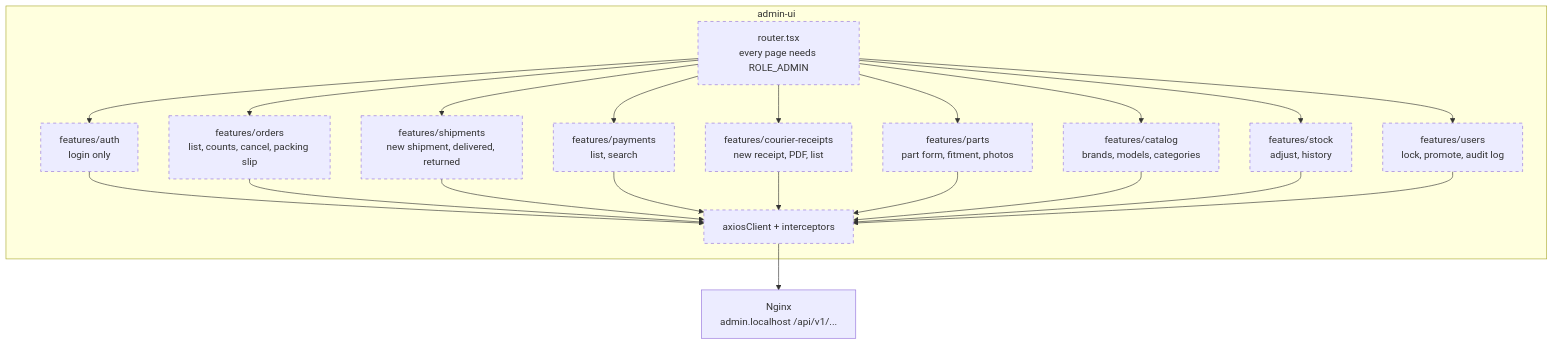
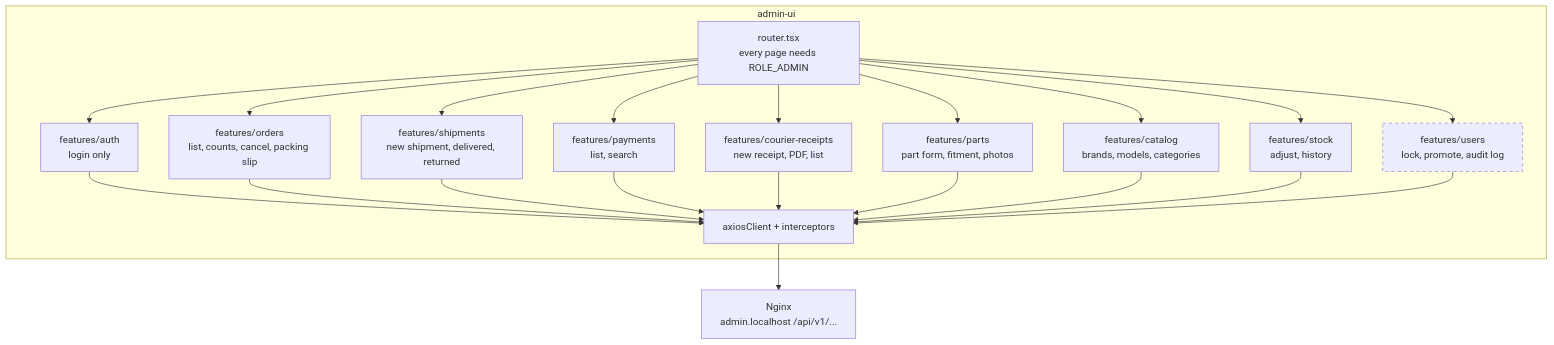
One commit to MotoXpress-wicky/infrastructure changed the diagram in docs/mvp/05-components/admin-ui.md. Above: the diagram before and after it, drawn with Mermaid. The commit also changed other lines of this file and 4 other files, not shown here.

````diff
--- a/docs/mvp/05-components/admin-ui.md
+++ b/docs/mvp/05-components/admin-ui.md
@@ -6,41 +6,41 @@
 ```mermaid
 flowchart TB
     subgraph ui [admin-ui]
         router["router.tsx<br/>every page needs ROLE_ADMIN"]
         authf["features/auth<br/>login only"]
         ordf["features/orders<br/>list, counts, cancel, packing slip"]
         shipf["features/shipments<br/>new shipment, delivered, returned"]
         payf["features/payments<br/>list, search"]
         recf["features/courier-receipts<br/>new receipt, PDF, list"]
         partf["features/parts<br/>part form, fitment, photos"]
         catf["features/catalog<br/>brands, models, categories"]
         stockf["features/stock<br/>adjust, history"]
         userf["features/users<br/>lock, promote, audit log"]
         axios["axiosClient + interceptors"]
     end
 
     nginx["Nginx<br/>admin.localhost /api/v1/..."]
 
     router --> authf
     router --> ordf
     router --> shipf
     router --> payf
     router --> recf
     router --> partf
     router --> catf
     router --> stockf
     router --> userf
     authf --> axios
     ordf --> axios
     shipf --> axios
     payf --> axios
     recf --> axios
     partf --> axios
     catf --> axios
     stockf --> axios
     userf --> axios
     axios --> nginx
 
     classDef planned stroke-dasharray: 5 5
-    class router,authf,ordf,shipf,payf,recf,partf,catf,stockf,userf,axios planned
+    class userf planned
 ```
````
